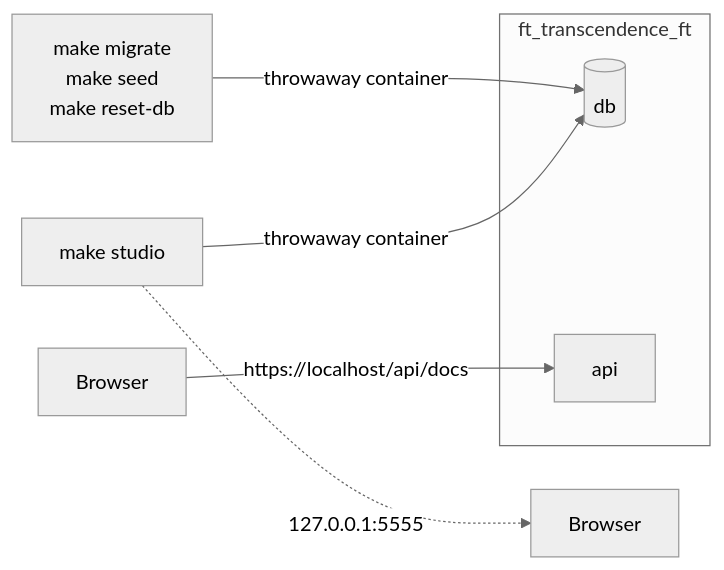
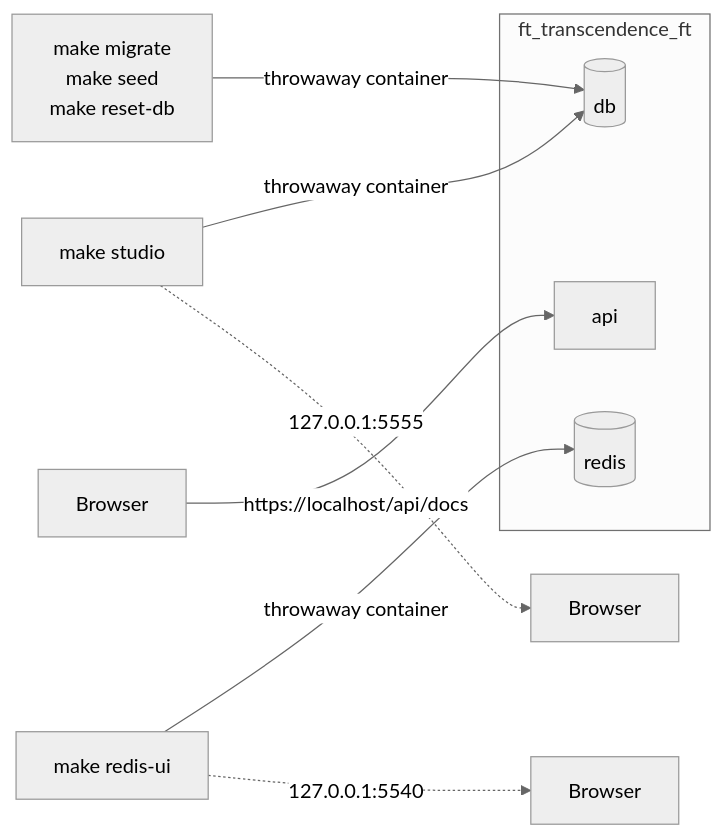
One commit to VictorBro/ft_transcendence changed the fourth of 6 diagrams in docs/ARCHITECTURE.md. Above: the diagram before and after it, drawn with Mermaid (neutral theme). The commit also changed other lines of this file and 31 other files, not shown here.

````diff
--- a/docs/ARCHITECTURE.md
+++ b/docs/ARCHITECTURE.md
@@ -207,13 +207,16 @@
 ```mermaid
 flowchart LR
     subgraph net["ft_transcendence_ft"]
         db[("db")]
+        redis[("redis")]
         api["api"]
     end
 
     make["make migrate<br/>make seed<br/>make reset-db"] -->|"throwaway container"| db
     studio["make studio"] -->|"throwaway container"| db
     studio -.->|"127.0.0.1:5555"| browser1["Browser"]
+    redisui["make redis-ui"] -->|"throwaway container"| redis
+    redisui -.->|"127.0.0.1:5540"| browser3["Browser"]
 
     browser2["Browser"] -->|"https://localhost/api/docs"| api
 ```
````
